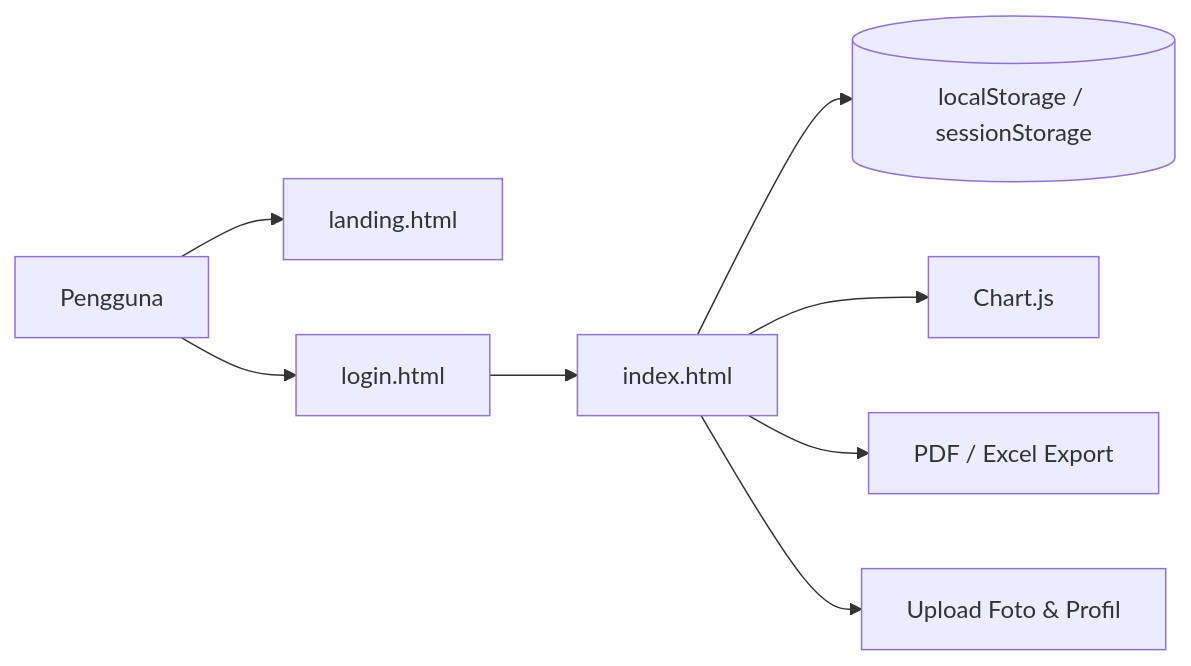
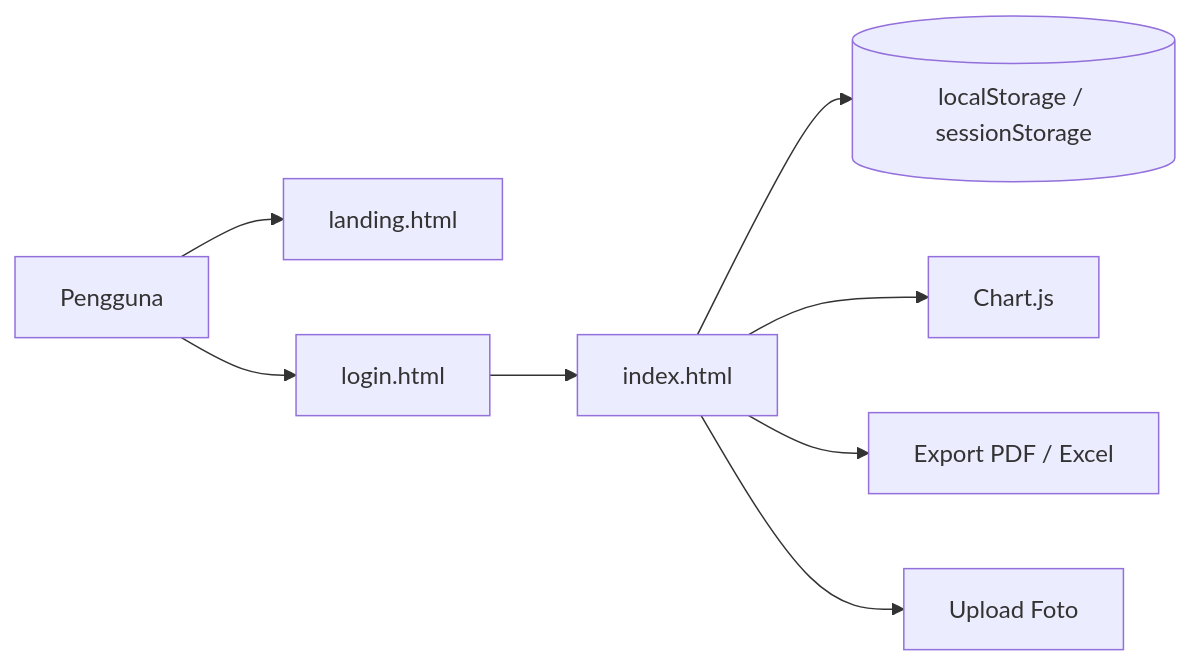
The first of 2 diagrams in README.md (ipo-rk/ASDEY-Monitoring), drawn with Mermaid before and after one commit. The commit also changed other lines of this file, not shown here.

````diff
--- a/README.md
+++ b/README.md
@@ -13,10 +13,10 @@
 ```mermaid
 flowchart LR
-    U[Pengguna] --> L[landing.html]
-    U --> LI[login.html]
-    LI --> D[index.html]
-    D --> S[(localStorage / sessionStorage)]
-    D --> C[Chart.js]
-    D --> E[PDF / Excel Export]
-    D --> P[Upload Foto & Profil]
+    User[Pengguna] --> Landing[landing.html]
+    User --> Login[login.html]
+    Login --> Dashboard[index.html]
+    Dashboard --> Storage[(localStorage / sessionStorage)]
+    Dashboard --> Charts[Chart.js]
+    Dashboard --> Export[Export PDF / Excel]
+    Dashboard --> Upload[Upload Foto]
 ```
````
